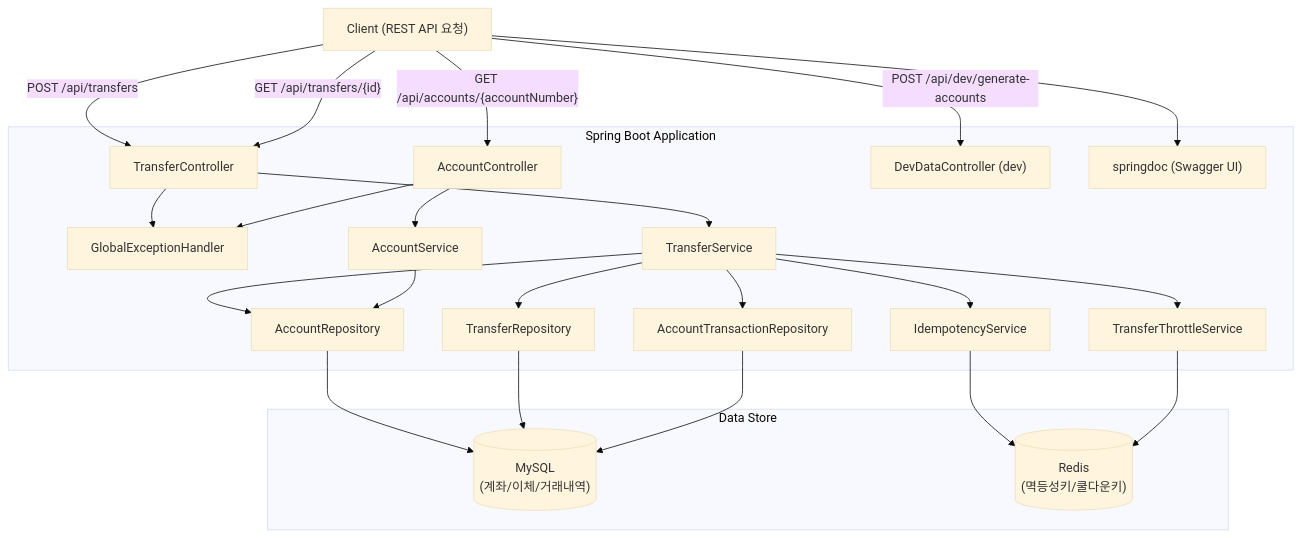
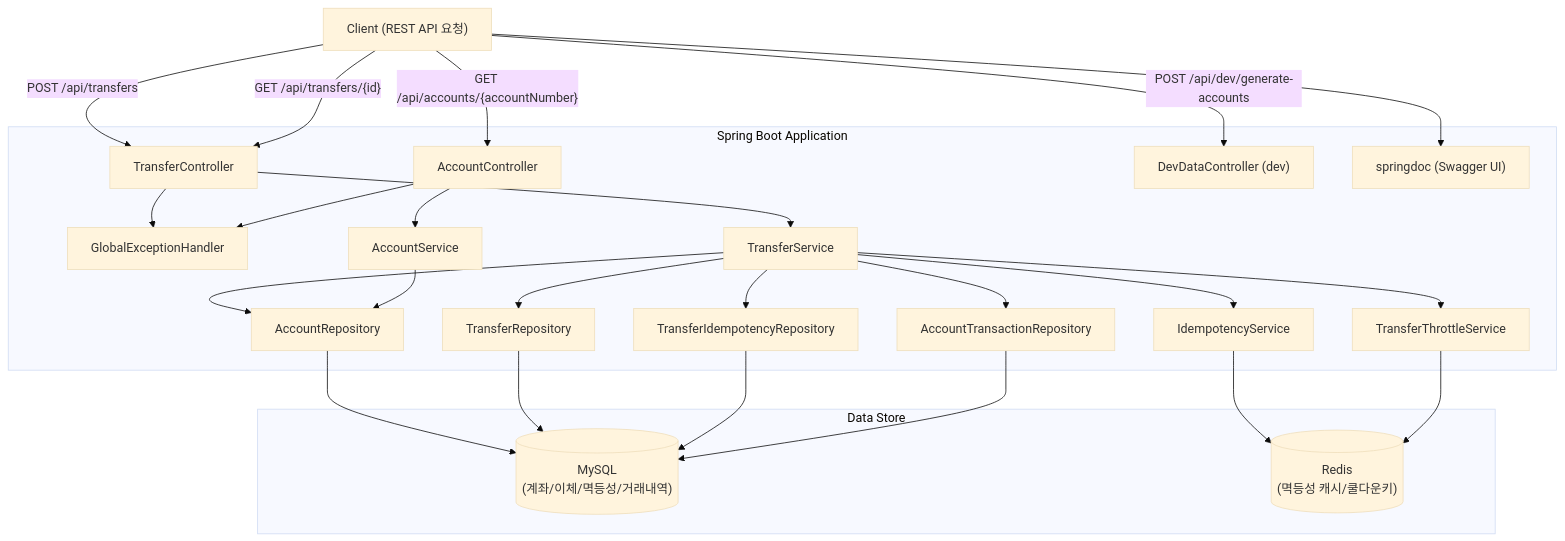
The first of 3 diagrams in README.md (Pray-T/BankTransferSys_Backend_Restful), drawn with Mermaid (base theme) before and after one commit. The commit also changed other lines of this file and 15 other files, not shown here.

````diff
--- a/README.md
+++ b/README.md
@@ -226,43 +230,46 @@
 ```mermaid
 graph TB
     Client["Client (REST API 요청)"]
 
     subgraph SpringBoot["Spring Boot Application"]
         TC["TransferController"]
         AC["AccountController"]
         DC["DevDataController (dev)"]
         GEH["GlobalExceptionHandler"]
         TS["TransferService"]
         AS["AccountService"]
         IS["IdempotencyService"]
         TTS["TransferThrottleService"]
         AR["AccountRepository"]
         TR["TransferRepository"]
+        TIR["TransferIdempotencyRepository"]
         ATR["AccountTransactionRepository"]
         DOC["springdoc (Swagger UI)"]
     end
     subgraph DataStore["Data Store"]
-        MySQL[("MySQL\n(계좌/이체/거래내역)")]
-        Redis[("Redis\n(멱등성키/쿨다운키)")]
+        MySQL[("MySQL\n(계좌/이체/멱등성/거래내역)")]
+        Redis[("Redis\n(멱등성 캐시/쿨다운키)")]
     end
     Client -->|"POST /api/transfers"| TC
     Client -->|"GET /api/transfers/{id}"| TC
     Client -->|"GET /api/accounts/{accountNumber}"| AC
     Client -->|"POST /api/dev/generate-accounts"| DC
     Client --> DOC
     TC --> TS
     AC --> AS
     TS --> IS
     TS --> TTS
     TS --> AR
     TS --> TR
+    TS --> TIR
     TS --> ATR
     AS --> AR
     IS --> Redis
     TTS --> Redis
     AR --> MySQL
     TR --> MySQL
+    TIR --> MySQL
     ATR --> MySQL
     TC --> GEH
     AC --> GEH
 ```
````
